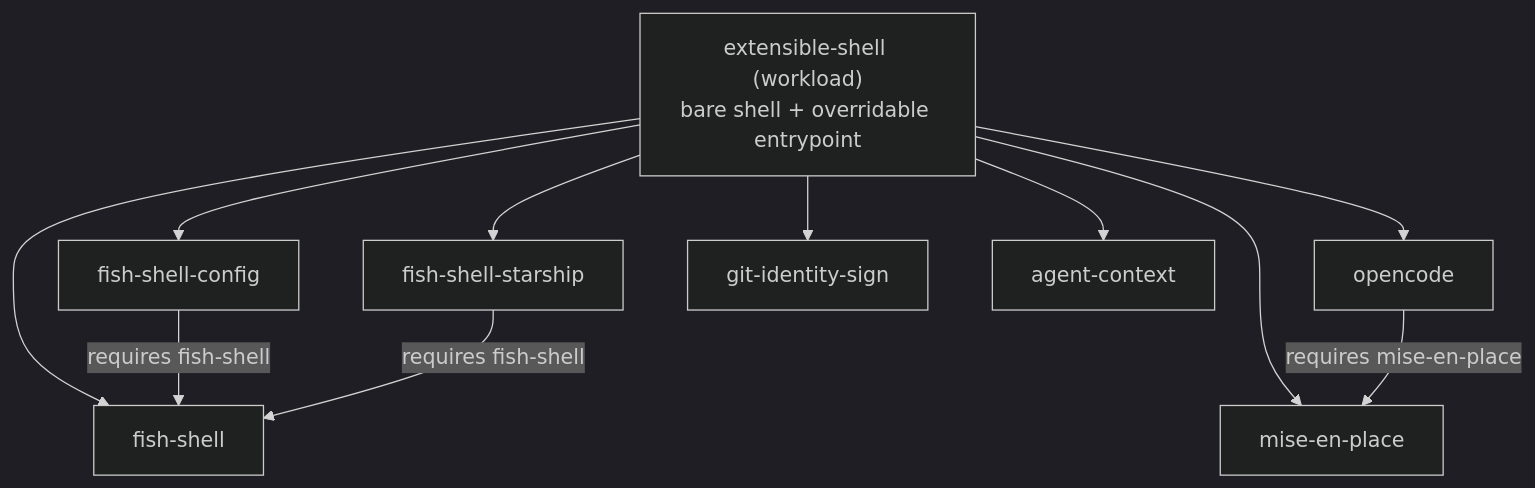
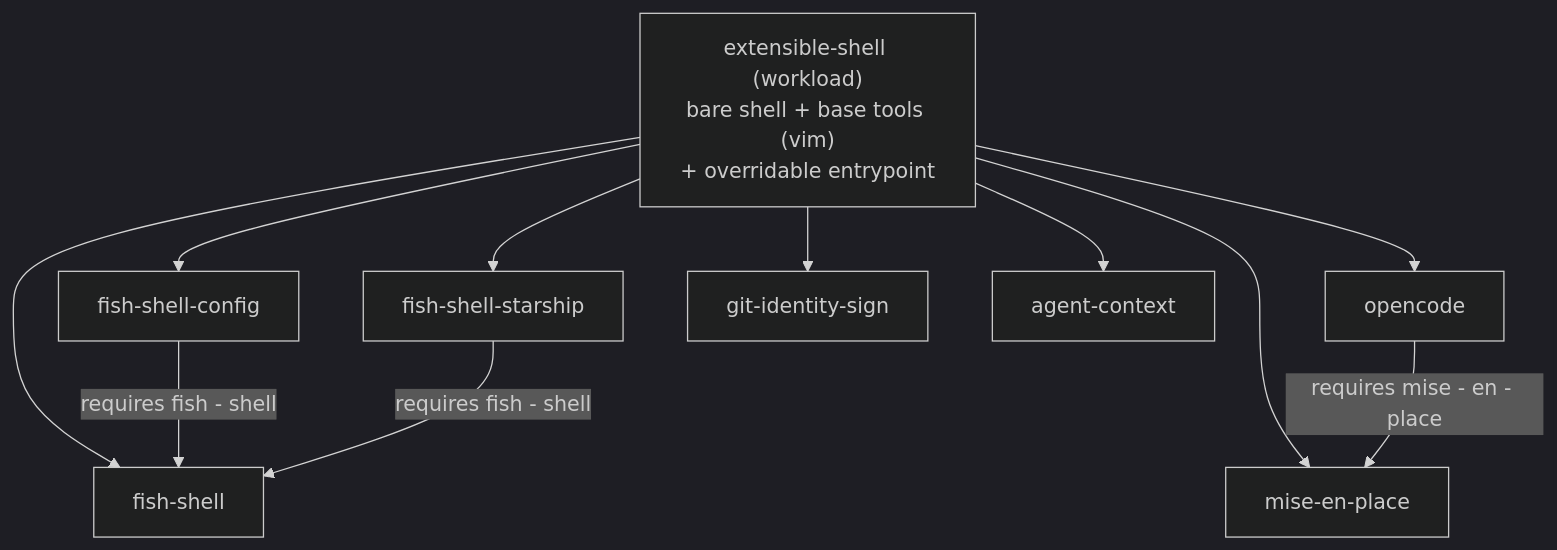
The diagram in README.md (dirkgroot/docker-sbx-kits), drawn with Mermaid (dark theme) before and after one commit. The commit also changed other lines of this file and 6 other files, not shown here.

First line of the commit message:
Install vim as a base tool in the extensible-shell workload

````diff
--- a/README.md
+++ b/README.md
@@ -21,14 +22,14 @@
 ```mermaid
 flowchart TD
-    wl["extensible-shell (workload)<br/>bare shell + overridable entrypoint"]
+    wl["extensible-shell (workload)<br/>bare shell + base tools (vim)<br/>+ overridable entrypoint"]
     wl --> fs["fish-shell"]
     wl --> cfg["fish-shell-config"]
     wl --> st["fish-shell-starship"]
     wl --> me["mise-en-place"]
     wl --> oc["opencode"]
     wl --> gi["git-identity-sign"]
     wl --> ac["agent-context"]
-    oc -->|requires mise-en-place| me
-    cfg -->|requires fish-shell| fs
-    st -->|requires fish-shell| fs
+    oc -->|requires mise - en - place| me
+    cfg -->|requires fish - shell| fs
+    st -->|requires fish - shell| fs
 ```
````
